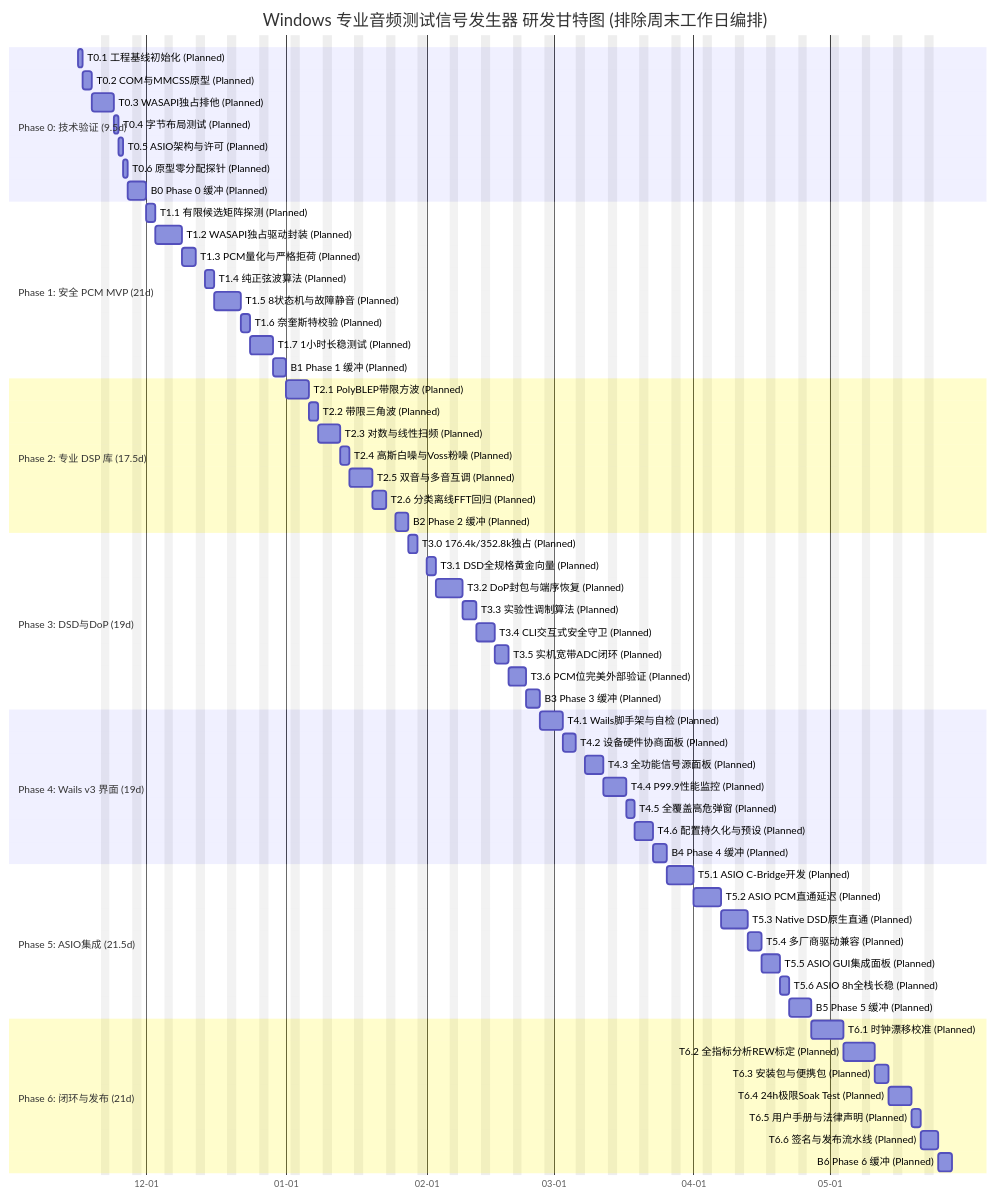
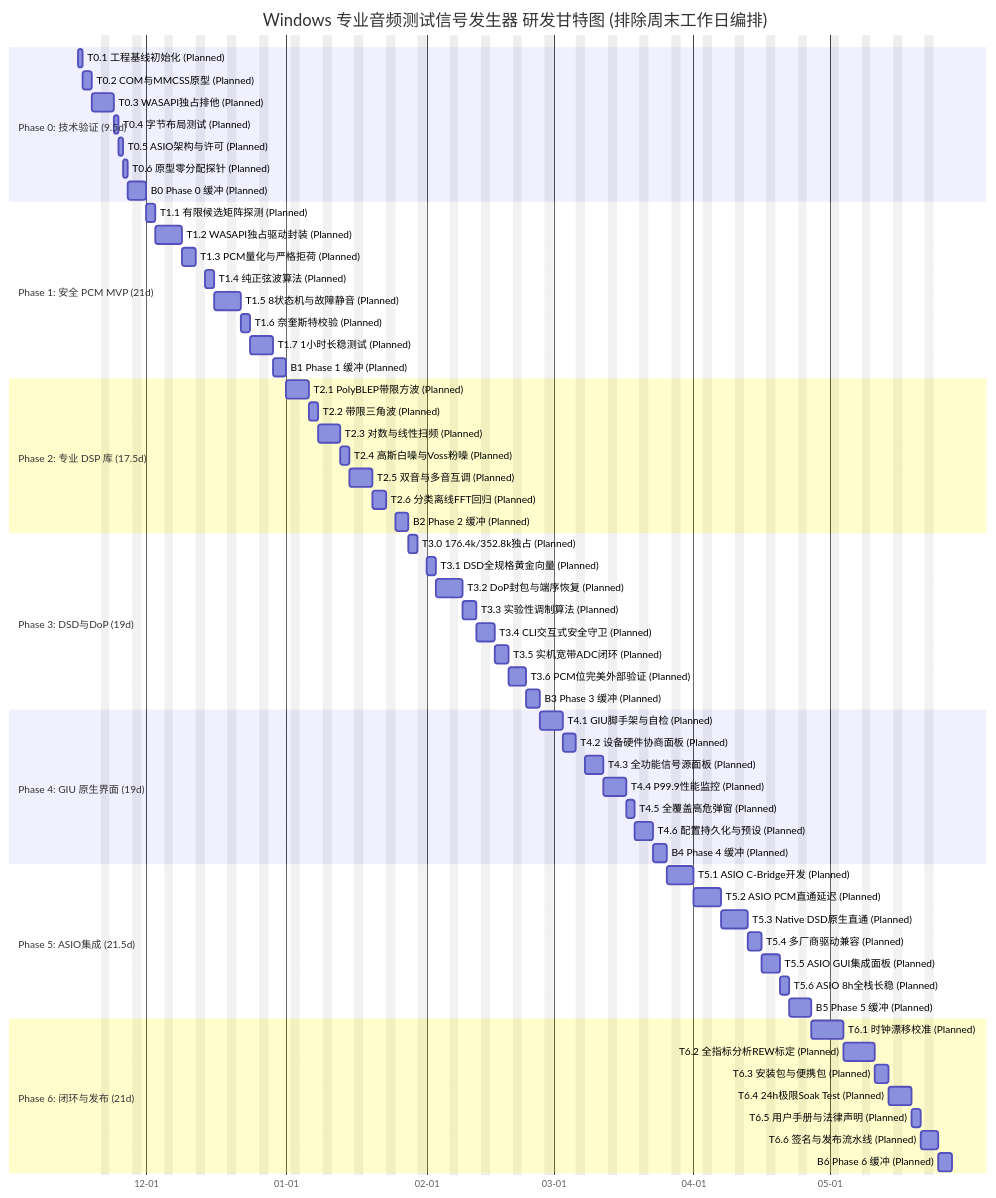
Before and after one commit to lee-alone/Sound-Card-Test-Waveform-Generator: the second of 2 diagrams in DEVELOPMENT_SCHEDULE.md, drawn with Mermaid. The commit also changed other lines of this file and 59 other files, not shown here.

Commit message:
feat: complete transition to native GIU, remove legacy Wails/frontend, enhance safety persistence and scope visualization

````diff
--- a/DEVELOPMENT_SCHEDULE.md
+++ b/DEVELOPMENT_SCHEDULE.md
@@ -159,72 +159,72 @@
 ```mermaid
 gantt
     title Windows 专业音频测试信号发生器 研发甘特图 (排除周末工作日编排)
     dateFormat  YYYY-MM-DD
     axisFormat  %m-%d
     excludes    weekends
 
     section Phase 0: 技术验证 (9.5d)
     T0.1 工程基线初始化 (Planned)       :p0_1, 2026-11-16, 1d
     T0.2 COM与MMCSS原型 (Planned)      :p0_2, after p0_1, 1.5d
     T0.3 WASAPI独占排他 (Planned)      :p0_3, after p0_2, 2.5d
     T0.4 字节布局测试 (Planned)        :p0_4, after p0_3, 1d
     T0.5 ASIO架构与许可 (Planned)      :p0_5, after p0_4, 1d
     T0.6 原型零分配探针 (Planned)      :p0_6, after p0_5, 1d
     B0   Phase 0 缓冲 (Planned)        :p0_b, after p0_6, 1.5d
 
     section Phase 1: 安全 PCM MVP (21d)
     T1.1 有限候选矩阵探测 (Planned)    :p1_1, after p0_b, 2d
     T1.2 WASAPI独占驱动封装 (Planned)  :p1_2, after p1_1, 3.5d
     T1.3 PCM量化与严格拒荷 (Planned)    :p1_3, after p1_2, 2.5d
     T1.4 纯正弦波算法 (Planned)        :p1_4, after p1_3, 2d
     T1.5 8状态机与故障静音 (Planned)   :p1_5, after p1_4, 4d
     T1.6 奈奎斯特校验 (Planned)        :p1_6, after p1_5, 1.5d
     T1.7 1小时长稳测试 (Planned)       :p1_7, after p1_6, 2.5d
     B1   Phase 1 缓冲 (Planned)        :p1_b, after p1_7, 3d
 
     section Phase 2: 专业 DSP 库 (17.5d)
     T2.1 PolyBLEP带限方波 (Planned)    :p2_1, after p1_b, 3d
     T2.2 带限三角波 (Planned)          :p2_2, after p2_1, 2d
     T2.3 对数与线性扫频 (Planned)      :p2_3, after p2_2, 2.5d
     T2.4 高斯白噪与Voss粉噪 (Planned)  :p2_4, after p2_3, 2d
     T2.5 双音与多音互调 (Planned)      :p2_5, after p2_4, 3d
     T2.6 分类离线FFT回归 (Planned)     :p2_6, after p2_5, 2.5d
     B2   Phase 2 缓冲 (Planned)        :p2_b, after p2_6, 2.5d
 
     section Phase 3: DSD与DoP (19d)
     T3.0 176.4k/352.8k独占 (Planned)   :p3_0, after p2_b, 2d
     T3.1 DSD全规格黄金向量 (Planned)   :p3_1, after p3_0, 2d
     T3.2 DoP封包与端序恢复 (Planned)   :p3_2, after p3_1, 3.5d
     T3.3 实验性调制算法 (Planned)      :p3_3, after p3_2, 3d
     T3.4 CLI交互式安全守卫 (Planned)   :p3_4, after p3_3, 1.5d
     T3.5 实机宽带ADC闭环 (Planned)     :p3_5, after p3_4, 2.5d
     T3.6 PCM位完美外部验证 (Planned)   :p3_6, after p3_5, 2d
     B3   Phase 3 缓冲 (Planned)        :p3_b, after p3_6, 2.5d
 
-    section Phase 4: Wails v3 界面 (19d)
-    T4.1 Wails脚手架与自检 (Planned)   :p4_1, after p3_b, 3d
+    section Phase 4: GIU 原生界面 (19d)
+    T4.1 GIU脚手架与自检 (Planned)   :p4_1, after p3_b, 3d
     T4.2 设备硬件协商面板 (Planned)    :p4_2, after p4_1, 2.5d
     T4.3 全功能信号源面板 (Planned)    :p4_3, after p4_2, 4d
     T4.4 P99.9性能监控 (Planned)       :p4_4, after p4_3, 3d
     T4.5 全覆盖高危弹窗 (Planned)      :p4_5, after p4_4, 2d
     T4.6 配置持久化与预设 (Planned)    :p4_6, after p4_5, 1.5d
     B4   Phase 4 缓冲 (Planned)        :p4_b, after p4_6, 3d
 
     section Phase 5: ASIO集成 (21.5d)
     T5.1 ASIO C-Bridge开发 (Planned)   :p5_1, after p4_b, 4d
     T5.2 ASIO PCM直通延迟 (Planned)    :p5_2, after p5_1, 3.5d
     T5.3 Native DSD原生直通 (Planned)  :p5_3, after p5_2, 4d
     T5.4 多厂商驱动兼容 (Planned)      :p5_4, after p5_3, 3d
     T5.5 ASIO GUI集成面板 (Planned)    :p5_5, after p5_4, 2d
     T5.6 ASIO 8h全栈长稳 (Planned)     :p5_6, after p5_5, 2d
     B5   Phase 5 缓冲 (Planned)        :p5_b, after p5_6, 3d
 
     section Phase 6: 闭环与发布 (21d)
     T6.1 时钟漂移校准 (Planned)        :p6_1, after p5_b, 4.5d
     T6.2 全指标分析REW标定 (Planned)   :p6_2, after p6_1, 5d
     T6.3 安装包与便携包 (Planned)      :p6_3, after p6_2, 3d
     T6.4 24h极限Soak Test (Planned)    :p6_4, after p6_3, 2.5d
     T6.5 用户手册与法律声明 (Planned)  :p6_5, after p6_4, 2d
     T6.6 签名与发布流水线 (Planned)    :p6_6, after p6_5, 1.5d
     B6   Phase 6 缓冲 (Planned)        :p6_b, after p6_6, 2.5d
 ```
````
